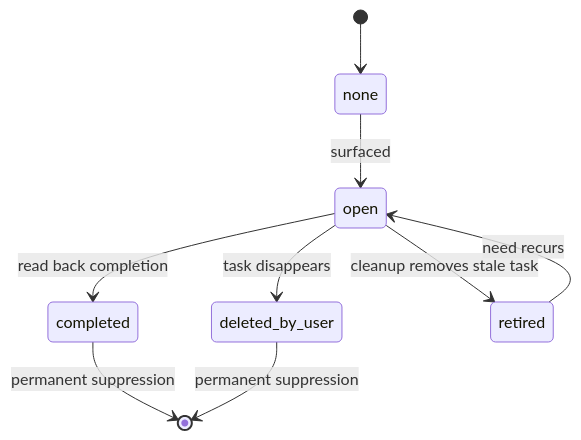
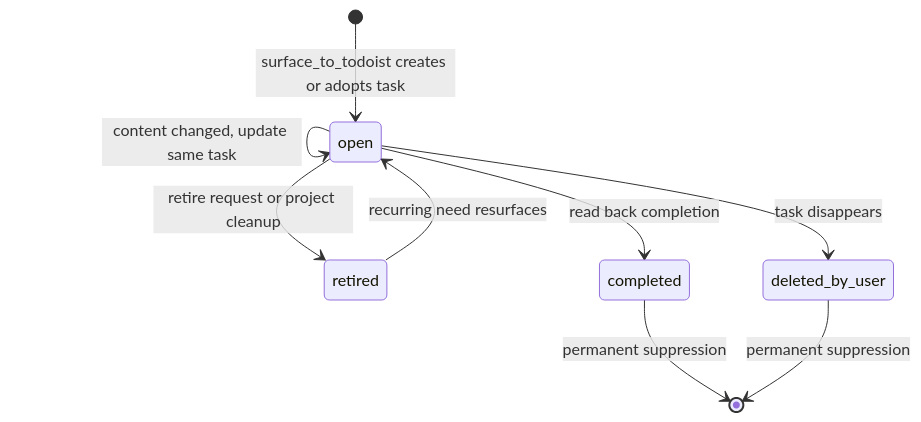
The eighth of 11 diagrams in docs/diagrams.md (albeorla/personal-finance-agent), drawn with Mermaid before and after one commit. The commit also changed other lines of this file, not shown here.

Commit message:
docs: expand architecture diagrams with entity-relationship data model

````diff
--- a/docs/diagrams.md
+++ b/docs/diagrams.md
@@ -230,11 +527,11 @@
 ```mermaid
 stateDiagram-v2
-    [*] --> none
-    none --> open: surfaced
+    [*] --> open: surface_to_todoist creates or adopts task
+    open --> open: content changed, update same task
     open --> completed: read back completion
     open --> deleted_by_user: task disappears
-    open --> retired: cleanup removes stale task
-    retired --> open: need recurs
+    open --> retired: retire request or project cleanup
+    retired --> open: recurring need resurfaces
     completed --> [*]: permanent suppression
     deleted_by_user --> [*]: permanent suppression
 ```
````
